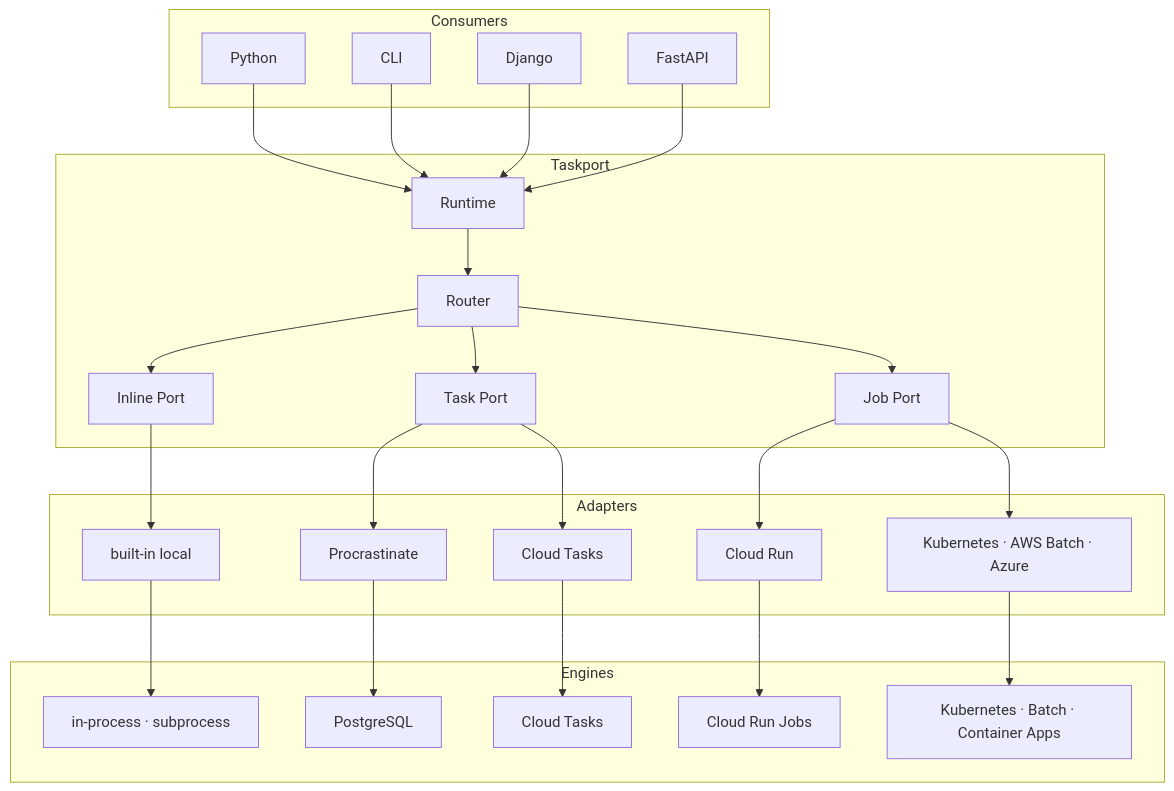
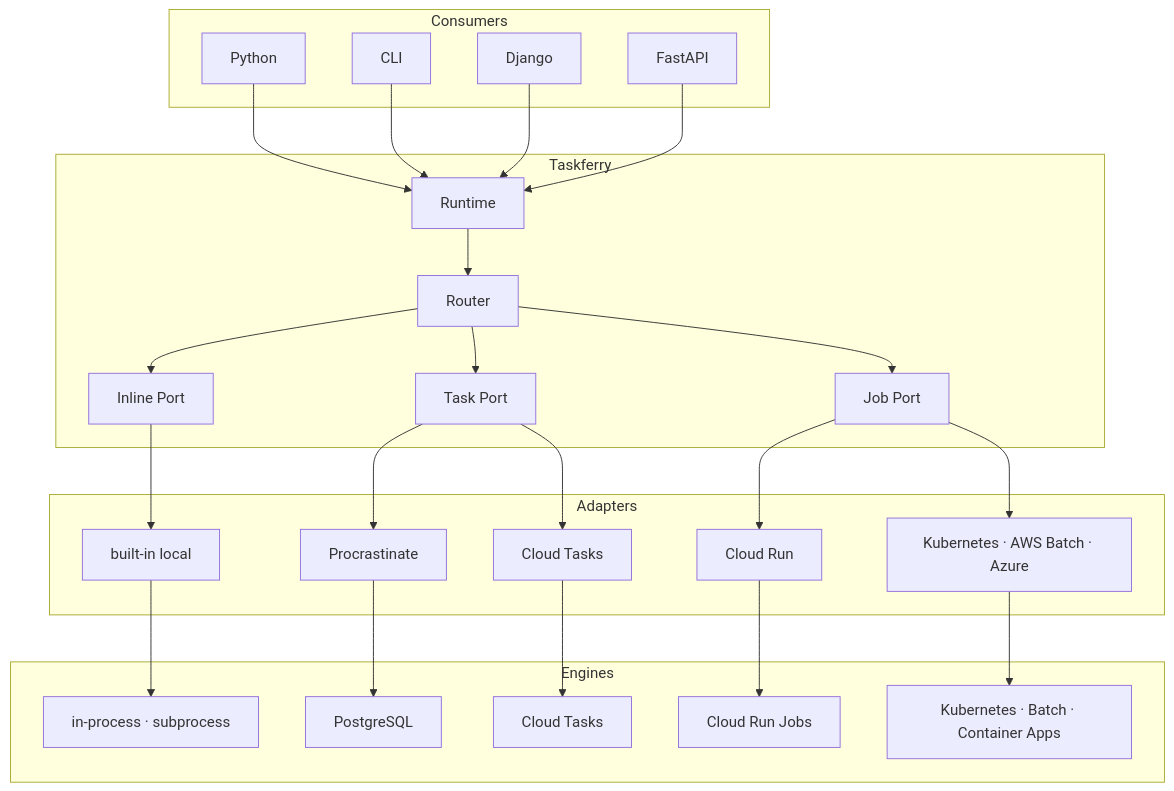
One commit to xiidigital/taskferry changed the third of 3 diagrams in docs/architecture/overview.md. Above: the diagram before and after it, drawn with Mermaid. The commit also changed other lines of this file and 424 other files, not shown here.

First line of the commit message:
refactor: rebrand taskport to taskferry across all distributions

````diff
--- a/docs/architecture/overview.md
+++ b/docs/architecture/overview.md
@@ -35,49 +35,49 @@
 ```mermaid
 flowchart TB
     subgraph Consumers
         PY["Python"]
         CLI["CLI"]
         DJ["Django"]
         FA["FastAPI"]
     end
 
-    subgraph Taskport
+    subgraph Taskferry
         RUNTIME["Runtime"]
         ROUTER["Router"]
         INLINE["Inline Port"]
         TASK["Task Port"]
         JOB["Job Port"]
     end
 
     subgraph Adapters
         LOCALA["built-in local"]
         PROA["Procrastinate"]
         CTA["Cloud Tasks"]
         CRA["Cloud Run"]
         K8SA["Kubernetes · AWS Batch · Azure"]
     end
 
     subgraph Engines
         LOCAL["in-process · subprocess"]
         PRO["PostgreSQL"]
         CT["Cloud Tasks"]
         CR["Cloud Run Jobs"]
         K8S["Kubernetes · Batch · Container Apps"]
     end
 
     PY --> RUNTIME
     CLI --> RUNTIME
     DJ --> RUNTIME
     FA --> RUNTIME
 
     RUNTIME --> ROUTER
     ROUTER --> INLINE
     ROUTER --> TASK
     ROUTER --> JOB
 
     INLINE --> LOCALA --> LOCAL
     TASK --> PROA --> PRO
     TASK --> CTA --> CT
     JOB --> CRA --> CR
     JOB --> K8SA --> K8S
 ```
````
